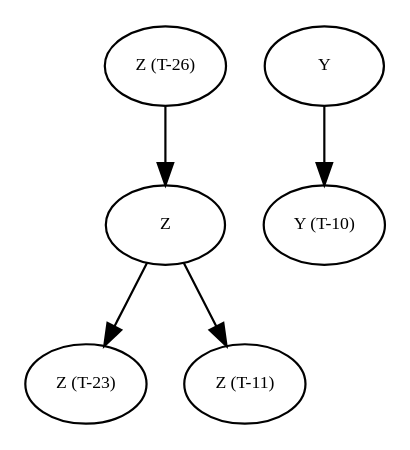
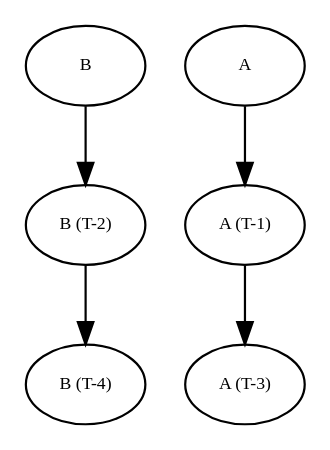
Before and after one commit to amso100/livescript-declarations: the diagram in graphs/debug_tree0.dot, drawn with Graphviz. The commit also changed 4 other files, not shown here.

```diff
--- a/graphs/debug_tree0.dot
+++ b/graphs/debug_tree0.dot
@@ -1,47 +1,47 @@
 digraph RGL__DirectedAdjacencyGraph {
-    Z [
+    "B (T-2)" [
         fontsize = 8,
-        label = Z
+        label = "B (T-2)"
     ]
 
-    "Z (T-23)" [
+    "B (T-4)" [
         fontsize = 8,
-        label = "Z (T-23)"
+        label = "B (T-4)"
     ]
 
-    "Z (T-11)" [
+    "A (T-1)" [
         fontsize = 8,
-        label = "Z (T-11)"
+        label = "A (T-1)"
     ]
 
-    "Z (T-26)" [
+    "A (T-3)" [
         fontsize = 8,
-        label = "Z (T-26)"
+        label = "A (T-3)"
     ]
 
-    Y [
+    B [
         fontsize = 8,
-        label = Y
+        label = B
     ]
 
-    "Y (T-10)" [
+    A [
         fontsize = 8,
-        label = "Y (T-10)"
+        label = A
     ]
 
-    Z -> "Z (T-23)" [
+    "B (T-2)" -> "B (T-4)" [
         fontsize = 8
     ]
 
-    Z -> "Z (T-11)" [
+    "A (T-1)" -> "A (T-3)" [
         fontsize = 8
     ]
 
-    "Z (T-26)" -> Z [
+    B -> "B (T-2)" [
         fontsize = 8
     ]
 
-    Y -> "Y (T-10)" [
+    A -> "A (T-1)" [
         fontsize = 8
     ]
 }
```
